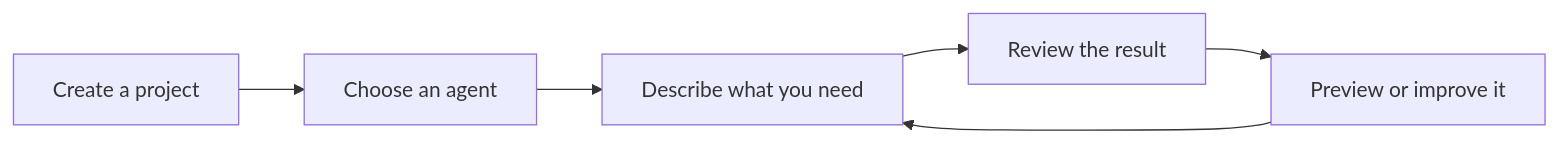
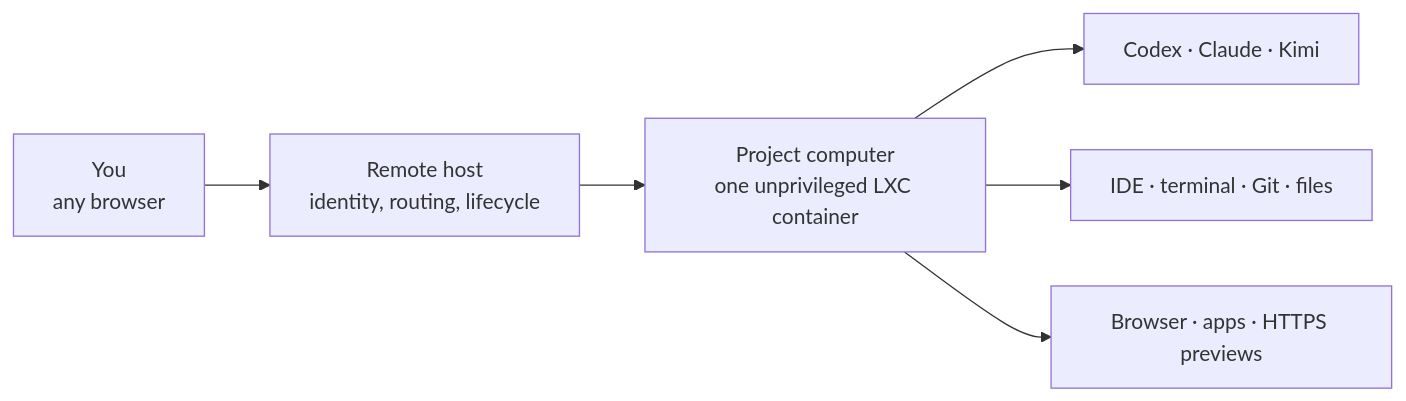
One commit to AbdallahMohamedDotnet/remote.futrx changed the diagram in README.md. Above: the diagram before and after it, drawn with Mermaid. The commit also changed other lines of this file and 5 other files, not shown here.

````diff
--- a/README.md
+++ b/README.md
@@ -69,8 +85,8 @@
 ```mermaid
 flowchart LR
-    A["Create a project"] --> B["Choose an agent"]
-    B --> C["Describe what you need"]
-    C --> D["Review the result"]
-    D --> E["Preview or improve it"]
-    E --> C
+    A["You<br>any browser"] --> B["Remote host<br>identity, routing, lifecycle"]
+    B --> C["Project computer<br>one unprivileged LXC container"]
+    C --> D["Codex · Claude · Kimi"]
+    C --> E["IDE · terminal · Git · files"]
+    C --> F["Browser · apps · HTTPS previews"]
 ```
````
